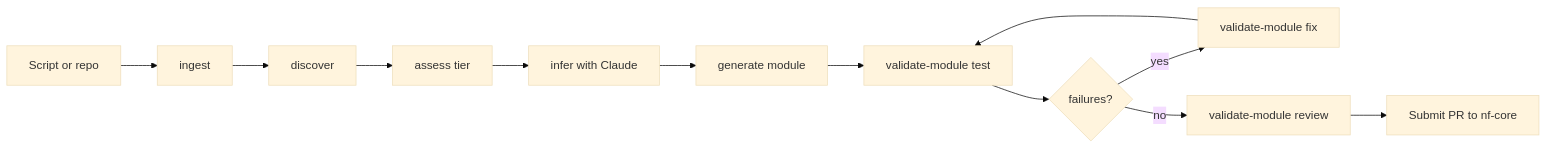
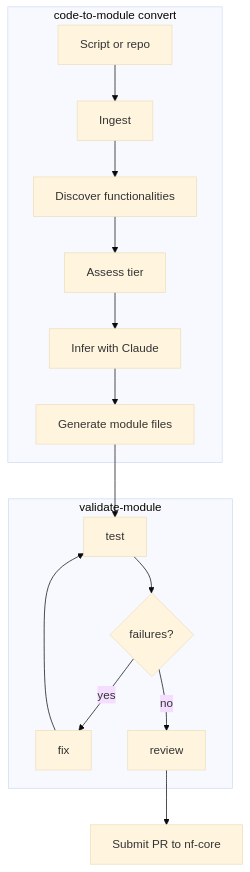
One commit to svigneau/code-to-module changed the diagram in docs/index.md. Above: the diagram before and after it, drawn with Mermaid (base theme).

Commit message:
docs: improve How it works flowchart layout
Switch from flat LR chain to TD with two subgraphs separating
code-to-module convert pipeline from validate-module phase.

````diff
--- a/docs/index.md
+++ b/docs/index.md
@@ -27,14 +27,20 @@
 ```mermaid
-flowchart LR
-    A[Script or repo] --> B[ingest]
-    B --> C[discover]
-    C --> D[assess tier]
-    D --> E[infer with Claude]
-    E --> F[generate module]
-    F --> G[validate-module test]
-    G --> H{failures?}
-    H -- yes --> I[validate-module fix]
-    I --> G
-    H -- no --> J[validate-module review]
+flowchart TD
+    subgraph pipeline ["code-to-module convert"]
+        A[Script or repo] --> B[Ingest]
+        B --> C[Discover functionalities]
+        C --> D[Assess tier]
+        D --> E[Infer with Claude]
+        E --> F[Generate module files]
+    end
+
+    subgraph validate ["validate-module"]
+        G[test] --> H{failures?}
+        H -- yes --> I[fix]
+        I --> G
+        H -- no --> J[review]
+    end
+
+    F --> G
     J --> K[Submit PR to nf-core]
 ```
````
